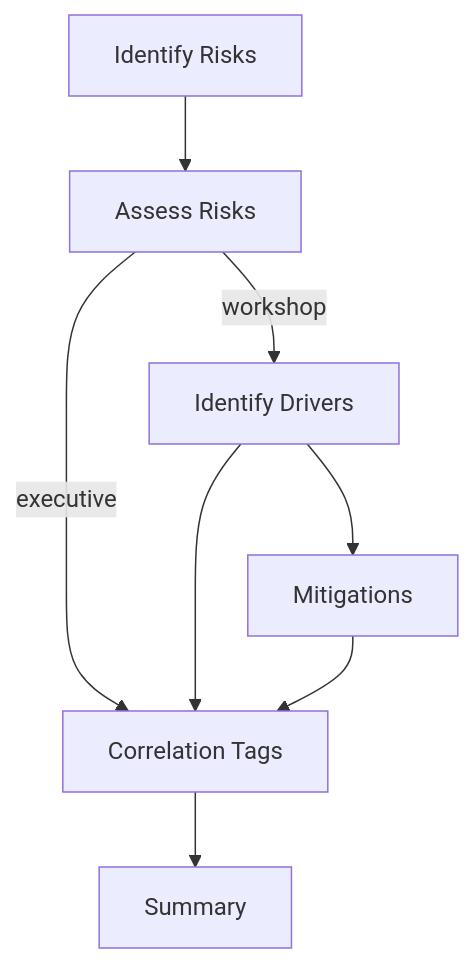
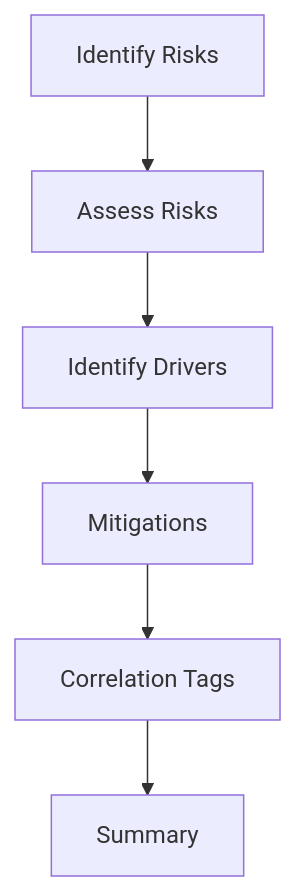
Before and after one commit to thwolter/riskgpt: the diagram in docs/design/prepare_presentation_output.md, drawn with Mermaid. The commit also changed 2 other files, not shown here.

Commit message:
Ensure drivers and mitigations always returned

````diff
--- a/docs/design/prepare_presentation_output.md
+++ b/docs/design/prepare_presentation_output.md
@@ -25,10 +25,8 @@
 ```mermaid
 flowchart TD
     A[Identify Risks] --> B[Assess Risks]
-    B -->|executive| E[Correlation Tags]
-    B -->|workshop| C[Identify Drivers]
+    B --> C[Identify Drivers]
     C --> D[Mitigations]
-    C --> E
-    D --> E
+    D --> E[Correlation Tags]
     E --> F[Summary]
 ```
````
